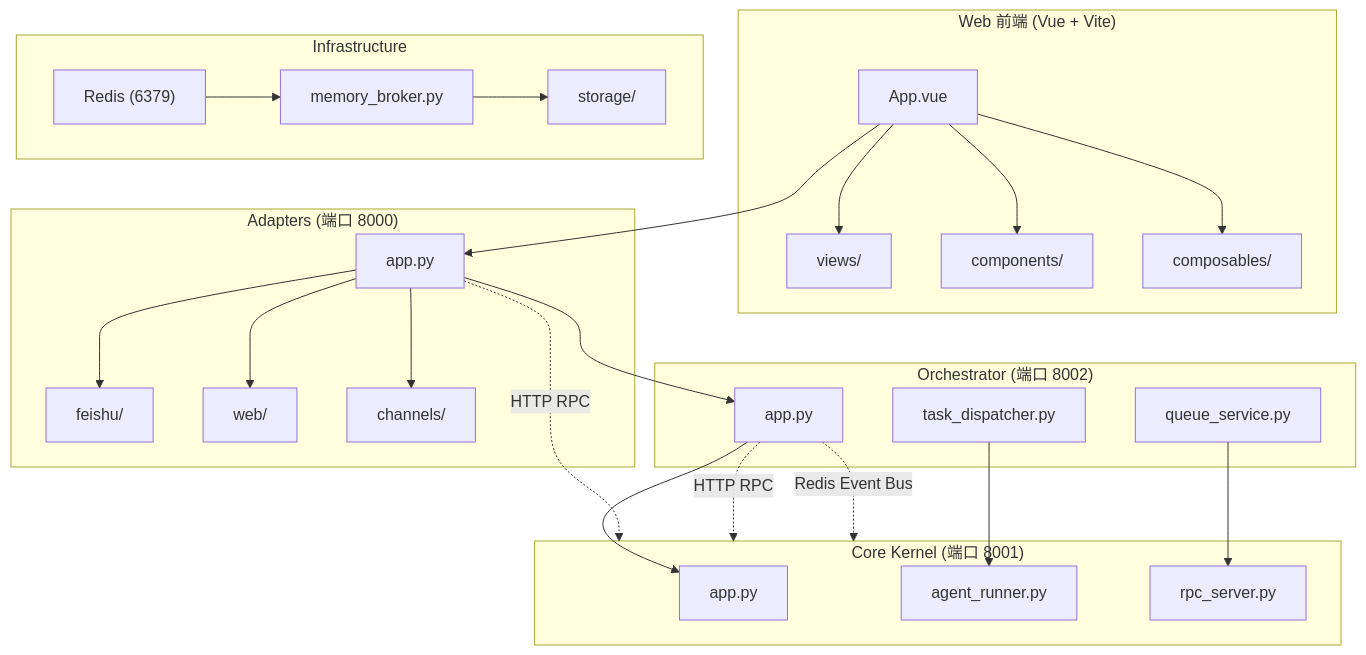
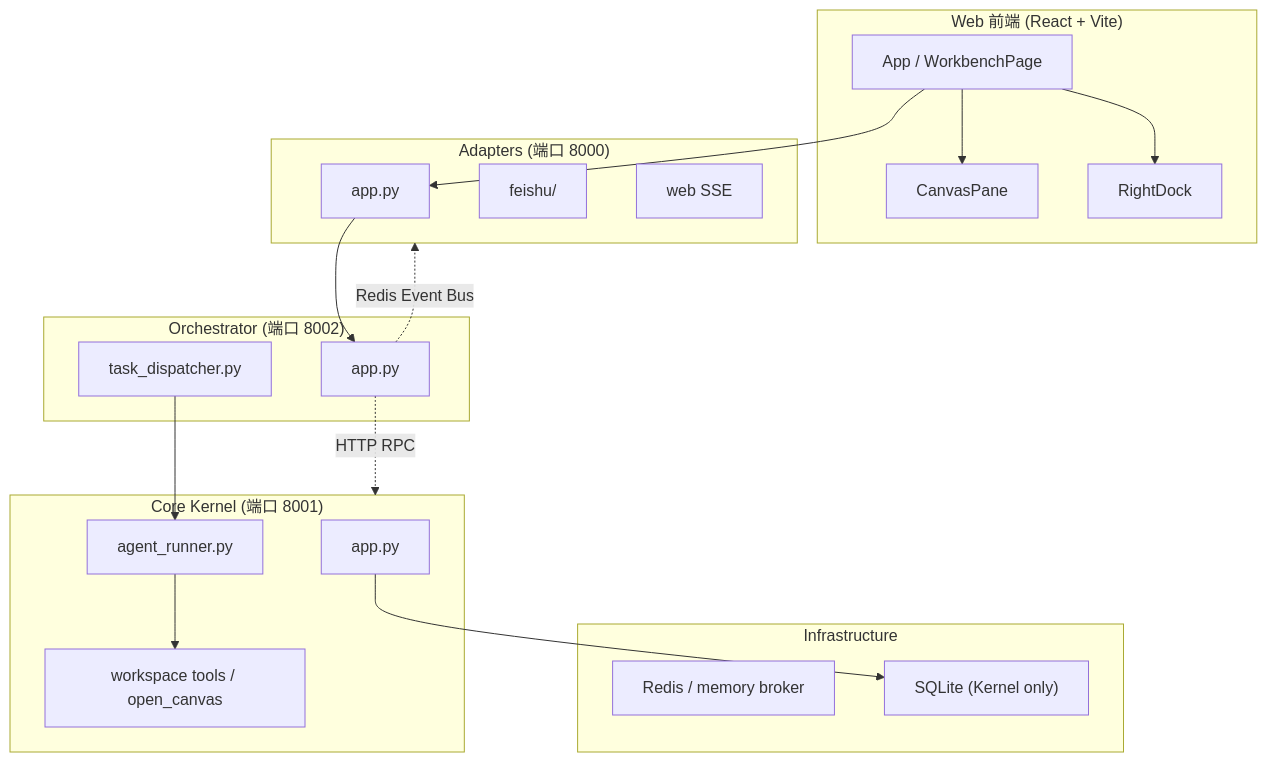
Before and after one commit to Dthurt/Nexus_lark_mind: the diagram in architecture.md, drawn with Mermaid. The commit also changed other lines of this file and 85 other files, not shown here.

First line of the commit message:
Ship Canvas split views, at-context attachments, and post-apply Diff review.

````diff
--- a/architecture.md
+++ b/architecture.md
@@ -3,62 +7,40 @@
 ```mermaid
 flowchart TB
-    subgraph WebFrontend["Web 前端 (Vue + Vite)"]
-        WebApp["App.vue"]
-        Views["views/"]
-        Components["components/"]
-        Composables["composables/"]
+    subgraph WebFrontend["Web 前端 (React + Vite)"]
+        WebApp["App / WorkbenchPage"]
+        Canvas["CanvasPane"]
+        Dock["RightDock"]
     end
 
     subgraph Adapters["Adapters (端口 8000)"]
         AdapterApp["app.py"]
         Feishu["feishu/"]
-        Web["web/"]
-        Channels["channels/"]
+        Web["web SSE"]
     end
 
     subgraph Orchestrator["Orchestrator (端口 8002)"]
         OrchApp["app.py"]
         TaskDispatcher["task_dispatcher.py"]
-        QueueService["queue_service.py"]
     end
 
     subgraph CoreKernel["Core Kernel (端口 8001)"]
         KernelApp["app.py"]
         AgentRunner["agent_runner.py"]
-        RpcServer["rpc_server.py"]
+        WorkspaceTools["workspace tools / open_canvas"]
     end
 
     subgraph Infrastructure["Infrastructure"]
-        Redis["Redis (6379)"]
-        MemoryBroker["memory_broker.py"]
-        Storage["storage/"]
+        Redis["Redis / memory broker"]
+        Storage["SQLite (Kernel only)"]
     end
 
-    %% Frontend -> Adapters
     WebApp --> AdapterApp
-    WebApp --> Views
-    WebApp --> Components
-    WebApp --> Composables
-
-    %% Adapters -> Orchestrator
+    WebApp --> Canvas
+    WebApp --> Dock
     AdapterApp --> OrchApp
-    AdapterApp --> Feishu
-    AdapterApp --> Web
-    AdapterApp --> Channels
-
-    %% Orchestrator -> Core Kernel
-    OrchApp --> KernelApp
     TaskDispatcher --> AgentRunner
-    QueueService --> RpcServer
-
-    %% Infrastructure
-    Redis --> MemoryBroker
-    MemoryBroker --> Storage
-
-    %% Dependencies Flow
-    AdapterApp -.->|"HTTP RPC"| CoreKernel
+    AgentRunner --> WorkspaceTools
     OrchApp -.->|"HTTP RPC"| CoreKernel
-
-    %% Event Bus
-    OrchApp -.->|"Redis Event Bus"| CoreKernel
+    OrchApp -.->|"Redis Event Bus"| Adapters
+    KernelApp --> Storage
 ```
````
